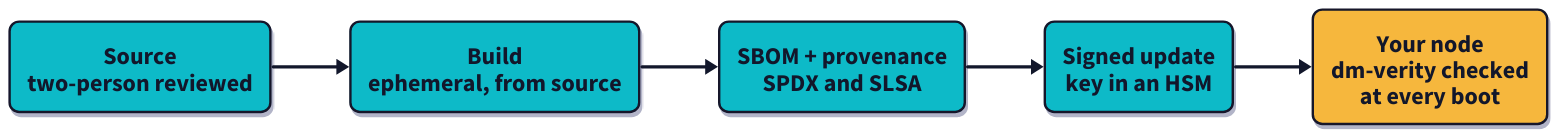
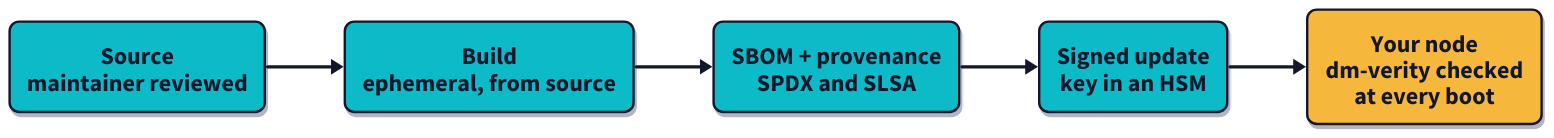
One commit to John15321/kubecon-na-2026-ecosystem-lightning changed the diagram in assets/diagrams/supply-chain.d2. Above: the diagram before and after it, drawn with D2. The commit also changed 4 other files, not shown here.

```diff
--- a/assets/diagrams/supply-chain.d2
+++ b/assets/diagrams/supply-chain.d2
@@ -1,49 +1,49 @@
 vars: {
   d2-config: {
     pad: 24
     sketch: false
   }
 }
 
 classes: {
   step: {
     style: {
       fill: "#09BAC8"
       stroke: "#12172B"
       stroke-width: 3
       font-color: "#12172B"
       font-size: 30
       border-radius: 12
       shadow: true
       bold: true
     }
   }
   node: {
     style: {
       fill: "#F6B73C"
       stroke: "#12172B"
       stroke-width: 3
       font-color: "#12172B"
       font-size: 30
       border-radius: 12
       shadow: true
       bold: true
     }
   }
   arrow: {
     style: {
       stroke: "#12172B"
       stroke-width: 4
     }
   }
 }
 
 direction: right
 
-src: "Source\ntwo-person reviewed" { class: step }
+src: "Source\nmaintainer reviewed" { class: step }
 build: "Build\nephemeral, from source" { class: step }
 prov: "SBOM + provenance\nSPDX and SLSA" { class: step }
 sign: "Signed update\nkey in an HSM" { class: step }
 boot: "Your node\ndm-verity checked\nat every boot" { class: node }
 
 src -> build -> prov -> sign -> boot: { class: arrow }
```
